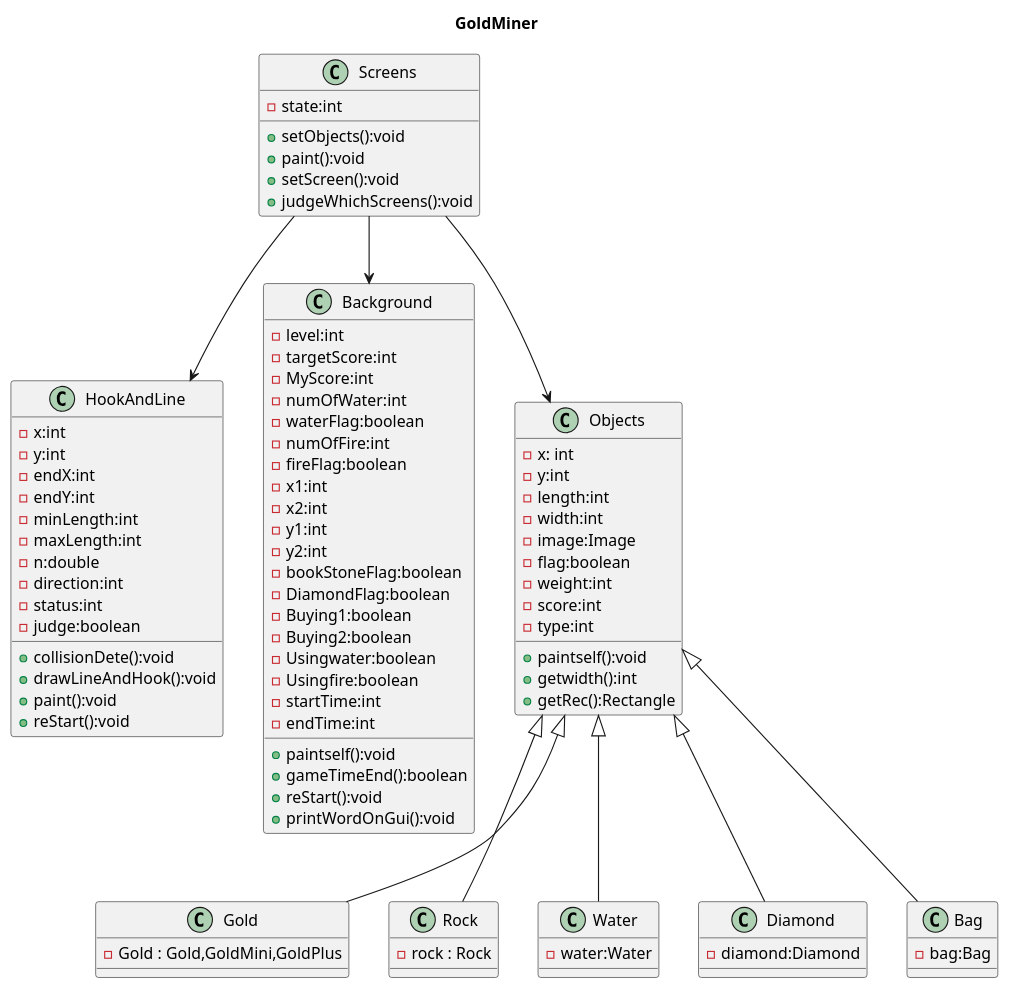
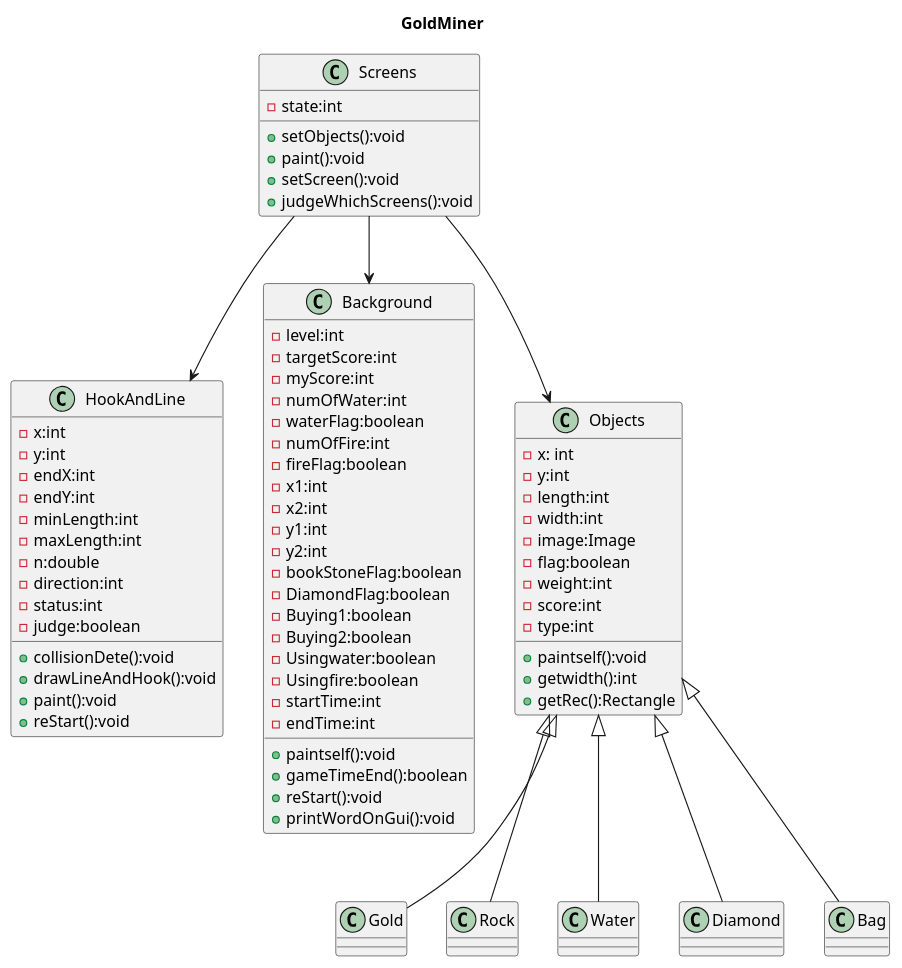
Before and after one commit to 1chrischen/GoldMiner: the diagram in GoldMiner.puml, drawn with PlantUML.

```diff
--- a/GoldMiner.puml
+++ b/GoldMiner.puml
@@ -1,105 +1,105 @@
 @startuml
 'https://plantuml.com/class-diagram
 
 title GoldMiner
 
 Screens --> HookAndLine
 Screens --> Background
 Objects <|-- Gold
 Objects <|-- Rock
 Objects <|-- Water
 Objects <|-- Diamond
 Objects <|-- Bag
 Screens --> Objects
 
 class Gold {
--Gold : Gold,GoldMini,GoldPlus
+
 
 }
 
 class Rock {
--rock : Rock
+
 }
 
 
 class Water {
--water:Water
+
 }
 
 class Diamond {
--diamond:Diamond
+
 }
 
 class Bag {
--bag:Bag
+
 }
 
 
 class HookAndLine {
 -x:int
 -y:int
 -endX:int
 -endY:int
 -minLength:int
 -maxLength:int
 -n:double
 -direction:int
 -status:int
 -judge:boolean
 +collisionDete():void
 +drawLineAndHook():void
 +paint():void
 +reStart():void
 }
 
 class Objects {
 -x: int
 -y:int
 -length:int
 -width:int
 -image:Image
 -flag:boolean
 -weight:int
 -score:int
 -type:int
 +paintself():void
 +getwidth():int
 +getRec():Rectangle
 }
 
 class Screens {
 -state:int
 +setObjects():void
 +paint():void
 +setScreen():void
 +judgeWhichScreens():void
 }
 
 class Background {
 
 -level:int
 -targetScore:int
--MyScore:int
+-myScore:int
 -numOfWater:int
 -waterFlag:boolean
 -numOfFire:int
 -fireFlag:boolean
 -x1:int
 -x2:int
 -y1:int
 -y2:int
 -bookStoneFlag:boolean
 -DiamondFlag:boolean
 -Buying1:boolean
 -Buying2:boolean
 -Usingwater:boolean
 -Usingfire:boolean
 -startTime:int
 -endTime:int
 +paintself():void
 +gameTimeEnd():boolean
 +reStart():void
 +printWordOnGui():void
 }
 
 @enduml
```
